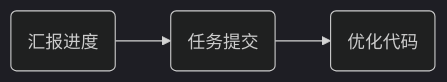
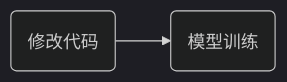
One commit to wlkla/onebuaaer.github.io changed the diagram in backup/百度实习第三十六天.md. Above: the diagram before and after it, drawn with Mermaid (dark theme). The commit also changed other lines of this file and 3 other files, not shown here.

````diff
--- a/backup/百度实习第三十六天.md
+++ b/backup/百度实习第三十六天.md
@@ -5,7 +5,6 @@
 ```mermaid
 graph LR
-    A(汇报进度)
-    B(任务提交)
-    C(优化代码)
-    A --> B --> C
+    A(修改代码)
+    B(模型训练)
+    A --> B
 ```
````
